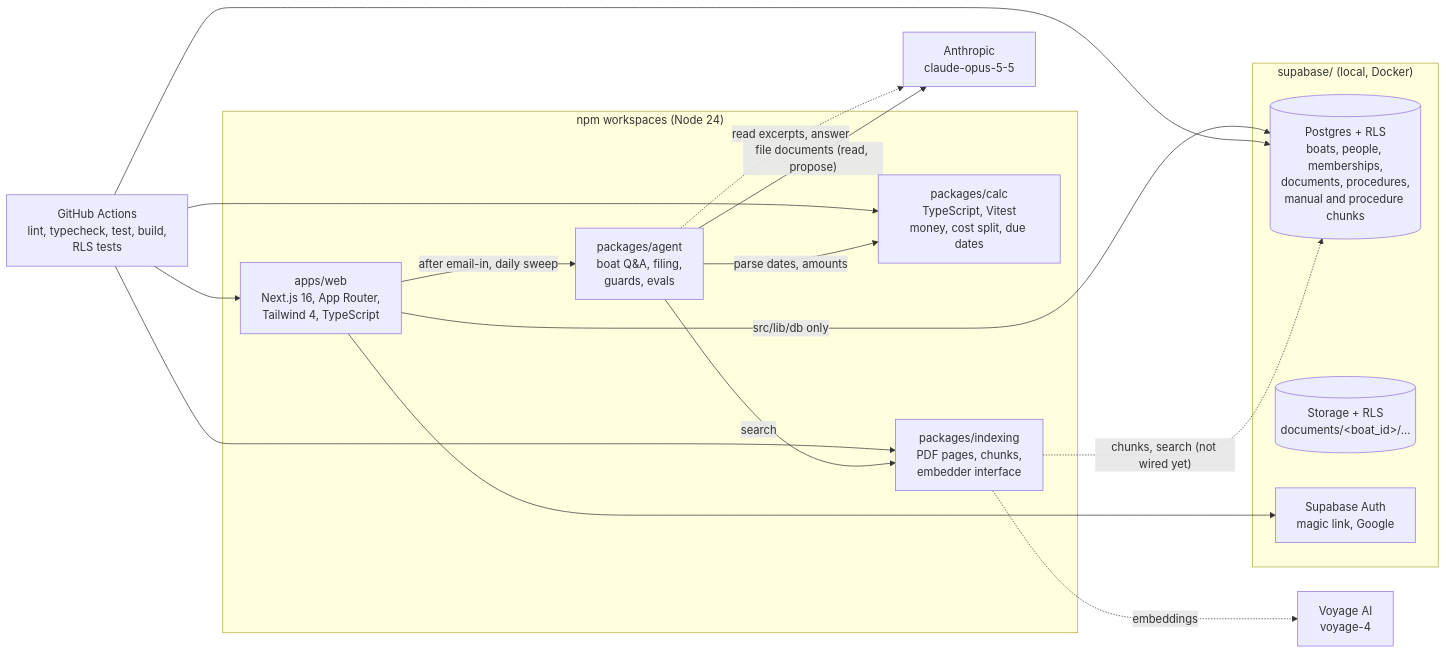
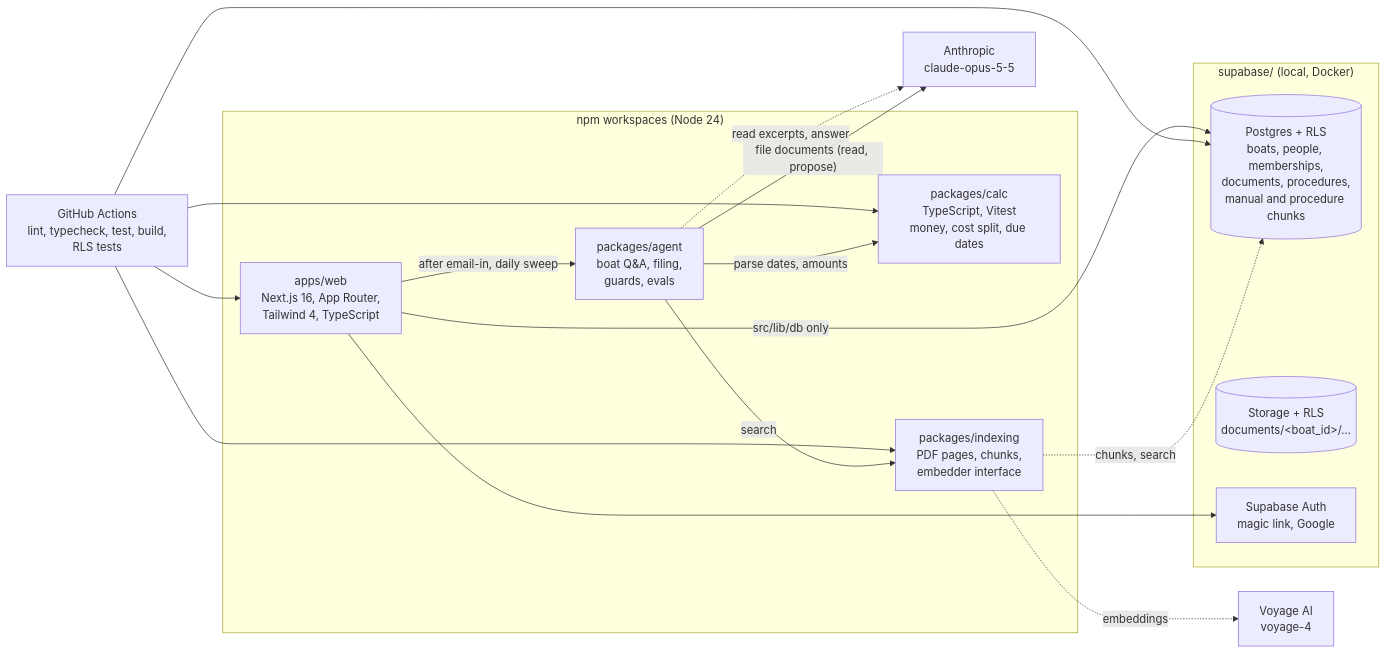
The third of 6 diagrams in docs/architecture.md (heynewton/newton), drawn with Mermaid before and after one commit. The commit also changed other lines of this file and 26 other files, not shown here.

````diff
--- a/docs/architecture.md
+++ b/docs/architecture.md
@@ -204,28 +208,28 @@
 ```mermaid
 flowchart LR
   subgraph Repo["npm workspaces (Node 24)"]
     Web["apps/web<br/>Next.js 16, App Router,<br/>Tailwind 4, TypeScript"]
     Calc["packages/calc<br/>TypeScript, Vitest<br/>money, cost split, due dates"]
     Indexing["packages/indexing<br/>PDF pages, chunks,<br/>embedder interface"]
     AgentPkg["packages/agent<br/>boat Q#amp;A, filing,<br/>guards, evals"]
   end
   subgraph Local["supabase/ (local, Docker)"]
     DB[("Postgres + RLS<br/>boats, people, memberships,<br/>documents, procedures,<br/>manual and procedure chunks")]
     Files[("Storage + RLS<br/>documents/#lt;boat_id#gt;/…")]
     Auth["Supabase Auth<br/>magic link, Google"]
   end
   Web -->|"src/lib/db only"| DB
   Web --> Auth
   CI["GitHub Actions<br/>lint, typecheck, test, build,<br/>RLS tests"]
   CI --> Web
   CI --> Calc
   CI --> Indexing
   CI --> DB
-  Indexing -.->|"chunks, search (not wired yet)"| DB
+  Indexing -.->|"chunks, search"| DB
   Indexing -.->|"embeddings"| Voyage["Voyage AI<br/>voyage-4"]
   AgentPkg -->|"search"| Indexing
   AgentPkg -.->|"read excerpts, answer"| Claude["Anthropic<br/>claude-opus-5-5"]
   AgentPkg -->|"file documents (read, propose)"| Claude
   AgentPkg -->|"parse dates, amounts"| Calc
   Web -->|"after email-in, daily sweep"| AgentPkg
 ```
````
